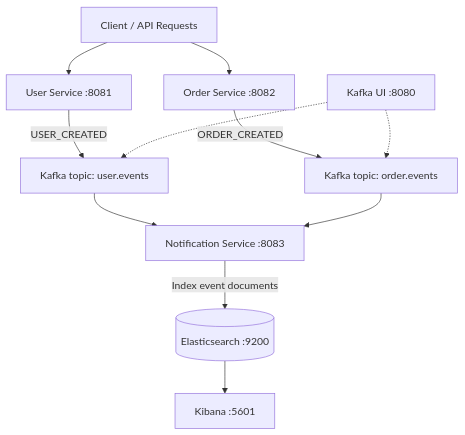
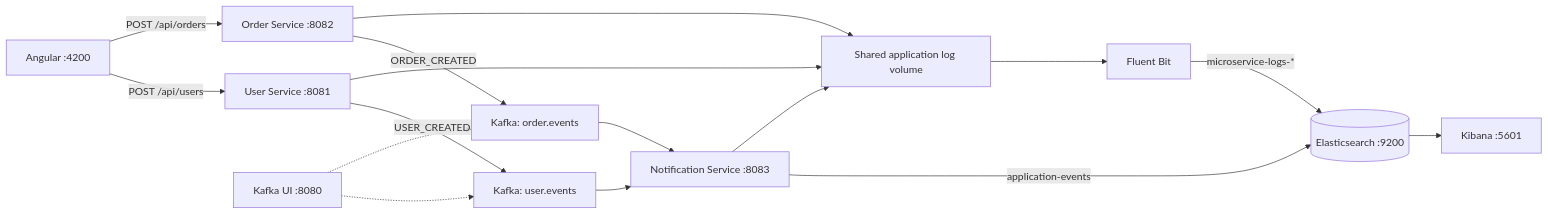
One commit to ismailfurkann/elastic-kafka-microservices-demo changed the diagram in README (1).md. Above: the diagram before and after it, drawn with Mermaid. The commit also changed other lines of this file and 25 other files, not shown here.

Commit message:
feat: complete event-driven microservices platform with Angular frontend and centralized logging

````diff
--- a/README (1).md
+++ b/README (1).md
@@ -17,13 +18,18 @@
 ```mermaid
-flowchart TD
-    U[Client / API Requests] --> US[User Service :8081]
-    U --> OS[Order Service :8082]
-    US -->|USER_CREATED| UT[Kafka topic: user.events]
-    OS -->|ORDER_CREATED| OT[Kafka topic: order.events]
-    UT --> NS[Notification Service :8083]
-    OT --> NS
-    NS -->|Index event documents| ES[(Elasticsearch :9200)]
-    ES --> KB[Kibana :5601]
-    KUI[Kafka UI :8080] -.-> UT
-    KUI -.-> OT
+flowchart LR
+    A[Angular :4200] -->|POST /api/users| U[User Service :8081]
+    A -->|POST /api/orders| O[Order Service :8082]
+    U -->|USER_CREATED| K1[Kafka: user.events]
+    O -->|ORDER_CREATED| K2[Kafka: order.events]
+    K1 --> N[Notification Service :8083]
+    K2 --> N
+    N -->|application-events| E[(Elasticsearch :9200)]
+    U --> L[Shared application log volume]
+    O --> L
+    N --> L
+    L --> F[Fluent Bit]
+    F -->|microservice-logs-*| E
+    E --> B[Kibana :5601]
+    UI[Kafka UI :8080] -.-> K1
+    UI -.-> K2
 ```
````
